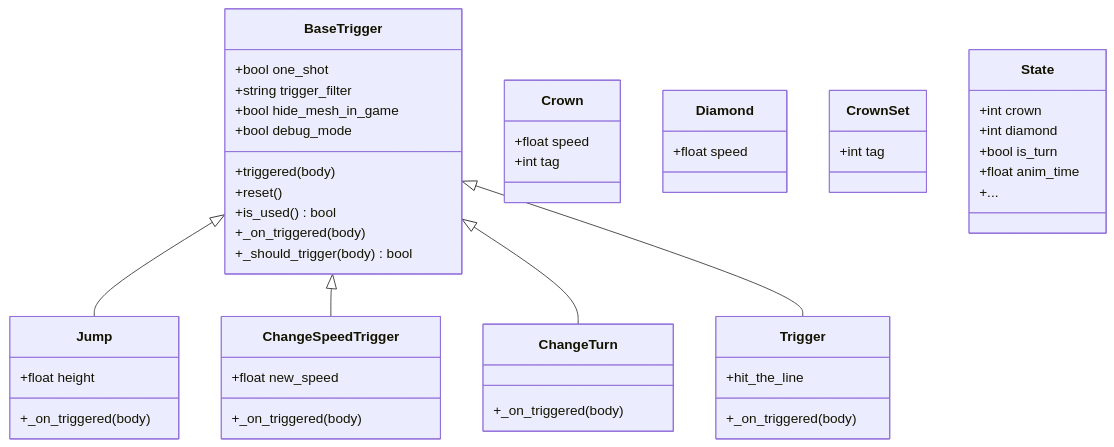
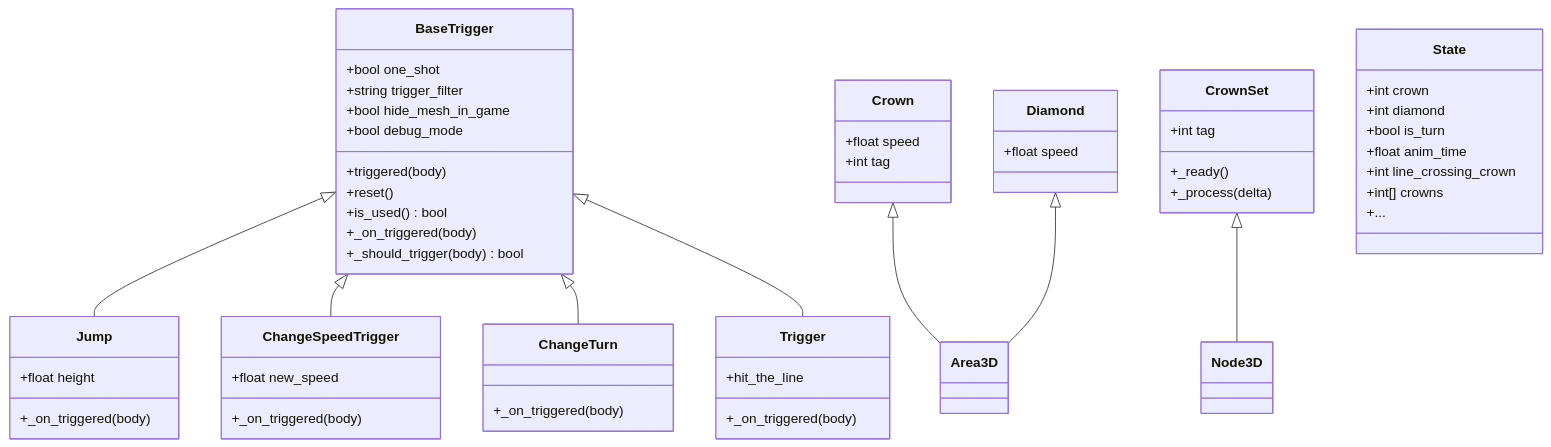
One commit to godotline/godot-line changed the seventh of 9 diagrams in .qoder/repowiki/zh/content/游戏系统/触发器系统/触发器系统.md. Above: the diagram before and after it, drawn with Mermaid. The commit also changed other lines of this file and 7 other files, not shown here.

````diff
--- a/.qoder/repowiki/zh/content/游戏系统/触发器系统/触发器系统.md
+++ b/.qoder/repowiki/zh/content/游戏系统/触发器系统/触发器系统.md
@@ -360,50 +397,57 @@
 ```mermaid
 classDiagram
 class BaseTrigger {
 +bool one_shot
 +string trigger_filter
 +bool hide_mesh_in_game
 +bool debug_mode
 +triggered(body)
 +reset()
 +is_used() bool
 +_on_triggered(body)
 +_should_trigger(body) bool
 }
 class Jump {
 +float height
 +_on_triggered(body)
 }
 class ChangeSpeedTrigger {
 +float new_speed
 +_on_triggered(body)
 }
 class ChangeTurn {
 +_on_triggered(body)
 }
 class Trigger {
 +hit_the_line
 +_on_triggered(body)
 }
 class Crown {
 +float speed
 +int tag
 }
 class Diamond {
 +float speed
 }
 class CrownSet {
 +int tag
++_ready()
++_process(delta)
 }
 class State {
 +int crown
 +int diamond
 +bool is_turn
 +float anim_time
++int line_crossing_crown
++int[] crowns
 +...
 }
 BaseTrigger <|-- Jump
 BaseTrigger <|-- ChangeSpeedTrigger
 BaseTrigger <|-- ChangeTurn
 BaseTrigger <|-- Trigger
+Crown <|-- Area3D
+Diamond <|-- Area3D
+CrownSet <|-- Node3D
 ```
````
